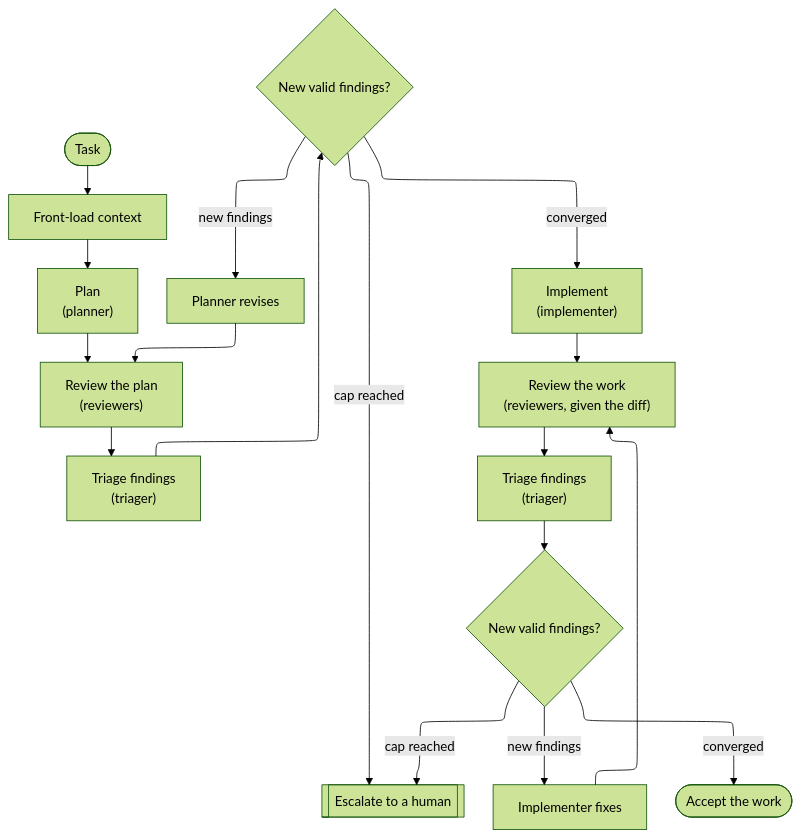
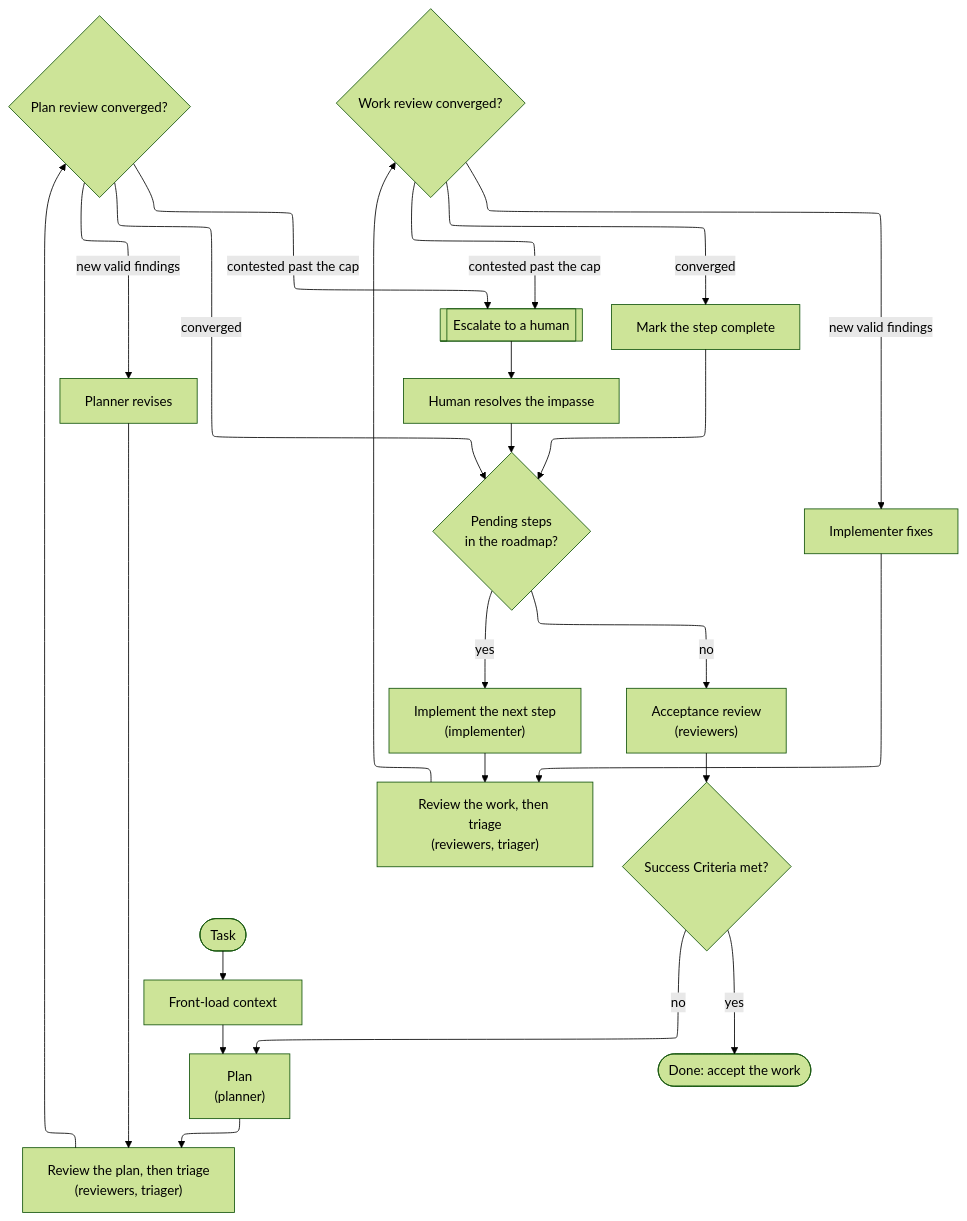
The diagram in README.md (nothingnesses/agent-scaffold), drawn with Mermaid (forest theme) before and after one commit. The commit also changed other lines of this file and 3 other files, not shown here.

````diff
--- a/README.md
+++ b/README.md
@@ -72,23 +74,29 @@
 ```mermaid
 ---
 config:
   layout: elk
 ---
 flowchart TB
     start(["Task"]) --> ctx["Front-load context"]
     ctx --> plan["Plan<br/>(planner)"]
-    plan --> preview["Review the plan<br/>(reviewers)"]
-    preview --> ptriage["Triage findings<br/>(triager)"]
-    ptriage --> pdec{"New valid findings?"}
-    pdec -->|new findings| previse["Planner revises"]
+    plan --> preview["Review the plan, then triage<br/>(reviewers, triager)"]
+    preview --> pdec{"Plan review converged?"}
+    pdec -->|new valid findings| previse["Planner revises"]
     previse --> preview
-    pdec -->|cap reached| escalate[["Escalate to a human"]]
-    pdec -->|converged| impl["Implement<br/>(implementer)"]
-    impl --> wreview["Review the work<br/>(reviewers, given the diff)"]
-    wreview --> wtriage["Triage findings<br/>(triager)"]
-    wtriage --> wdec{"New valid findings?"}
-    wdec -->|new findings| wfix["Implementer fixes"]
+    pdec -->|contested past the cap| escalate[["Escalate to a human"]]
+    pdec -->|converged| steps{"Pending steps<br/>in the roadmap?"}
+    steps -->|yes| impl["Implement the next step<br/>(implementer)"]
+    impl --> wreview["Review the work, then triage<br/>(reviewers, triager)"]
+    wreview --> wdec{"Work review converged?"}
+    wdec -->|new valid findings| wfix["Implementer fixes"]
     wfix --> wreview
-    wdec -->|cap reached| escalate
-    wdec -->|converged| done(["Accept the work"])
+    wdec -->|contested past the cap| escalate
+    wdec -->|converged| mark["Mark the step complete"]
+    mark --> steps
+    steps -->|no| accept["Acceptance review<br/>(reviewers)"]
+    accept --> adec{"Success Criteria met?"}
+    adec -->|no| plan
+    adec -->|yes| done(["Done: accept the work"])
+    escalate --> hres["Human resolves the impasse"]
+    hres --> steps
 ```
````
